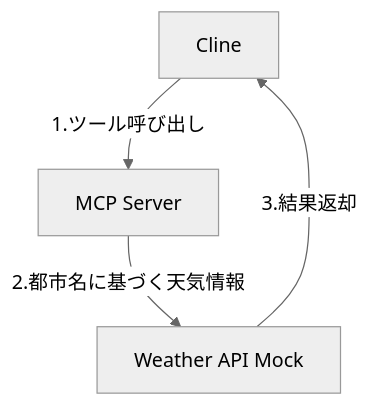
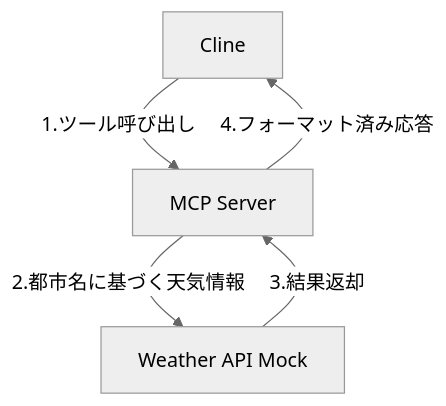
The first of 3 diagrams in workshops/ai-coding-workshop/cline/1.mcp/README.md (littlemex/aws-samples), drawn with Mermaid (neutral theme) before and after one commit. The commit also changed other lines of this file and 3 other files, not shown here.

````diff
--- a/workshops/ai-coding-workshop/cline/1.mcp/README.md
+++ b/workshops/ai-coding-workshop/cline/1.mcp/README.md
@@ -127,6 +137,7 @@
 ```mermaid
 graph TD
     A[Cline] -->|1.ツール呼び出し| B[MCP Server]
     B -->|2.都市名に基づく天気情報| C[Weather API Mock]
-    C -->|3.結果返却| A
+    C -->|3.結果返却| B
+    B -->|4.フォーマット済み応答| A
 ```
````
